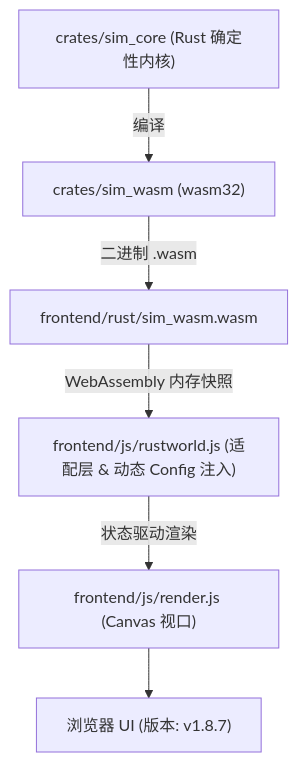
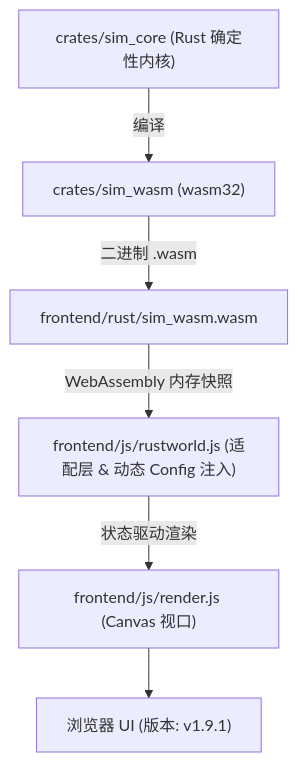
Before and after one commit to g39088902/FlowAndAccord: the diagram in AGENTS.md, drawn with Mermaid. The commit also changed other lines of this file and 45 other files, not shown here.

````diff
--- a/AGENTS.md
+++ b/AGENTS.md
@@ -50,8 +50,8 @@
 ```mermaid
 graph TD
     A["crates/sim_core (Rust 确定性内核)"] -->|编译| B["crates/sim_wasm (wasm32)"]
     B -->|二进制 .wasm| C["frontend/rust/sim_wasm.wasm"]
     C -->|WebAssembly 内存快照| D["frontend/js/rustworld.js (适配层 & 动态 Config 注入)"]
     D -->|状态驱动渲染| E["frontend/js/render.js (Canvas 视口)"]
-    E --> F["浏览器 UI (版本: v1.8.7)"]
+    E --> F["浏览器 UI (版本: v1.9.1)"]
 ```
````
